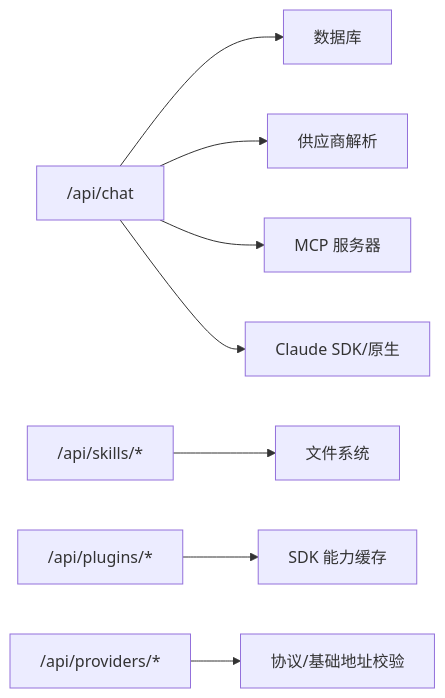
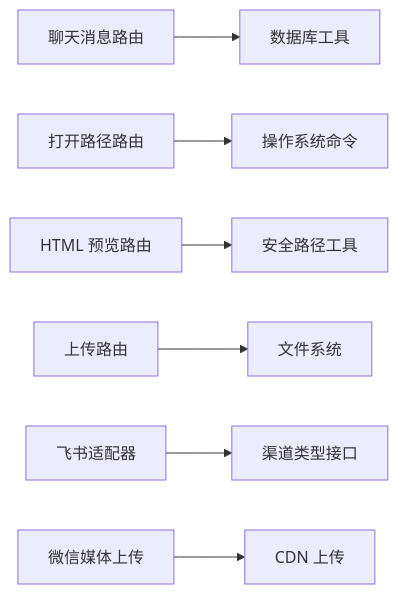
Before and after one commit to haolange/CodePilot: the sixth of 6 diagrams in .qoder/repowiki/zh/content/API 参考/API 参考.md, drawn with Mermaid. The commit also changed other lines of this file and 203 other files, not shown here.

````diff
--- a/.qoder/repowiki/zh/content/API 参考/API 参考.md
+++ b/.qoder/repowiki/zh/content/API 参考/API 参考.md
@@ -374,10 +253,9 @@
 ```mermaid
 graph LR
-Chat["/api/chat"] --> DB["数据库"]
-Chat --> Resolver["供应商解析"]
-Chat --> MCP["MCP 服务器"]
-Chat --> Claude["Claude SDK/原生"]
-Skills["/api/skills/*"] --> FS["文件系统"]
-Plugins["/api/plugins/*"] --> SDKCap["SDK 能力缓存"]
-Providers["/api/providers/*"] --> Catalog["协议/基础地址校验"]
+Route_Chat["聊天消息路由"] --> Util_DB["数据库工具"]
+Route_FilesOpen["打开路径路由"] --> OS_CMD["操作系统命令"]
+Route_HtmlPreview["HTML 预览路由"] --> Util_SafePath["安全路径工具"]
+Route_Uploads["上传路由"] --> FS["文件系统"]
+Feishu["飞书适配器"] --> Types["渠道类型接口"]
+Weixin["微信媒体上传"] --> CDN["CDN 上传"]
 ```
````
